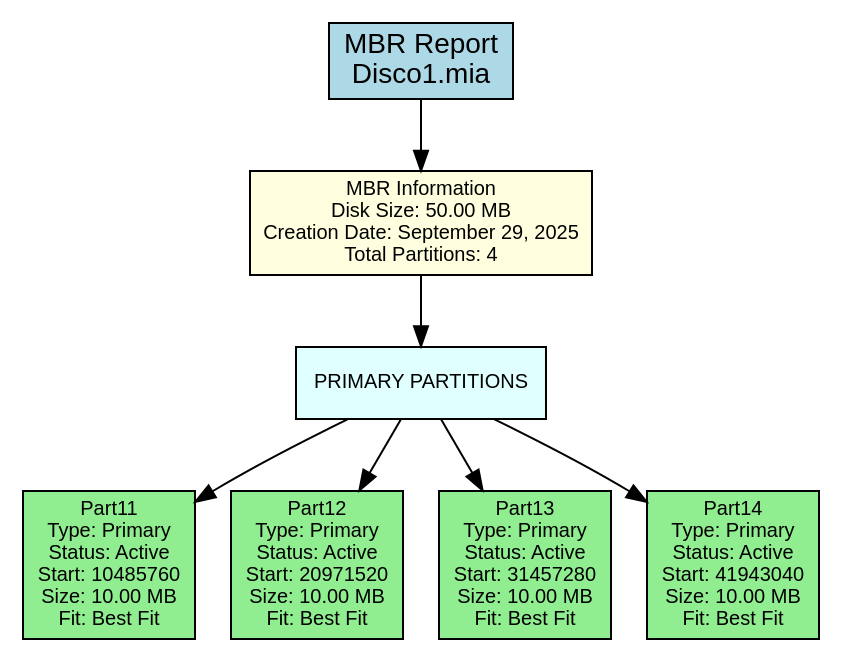
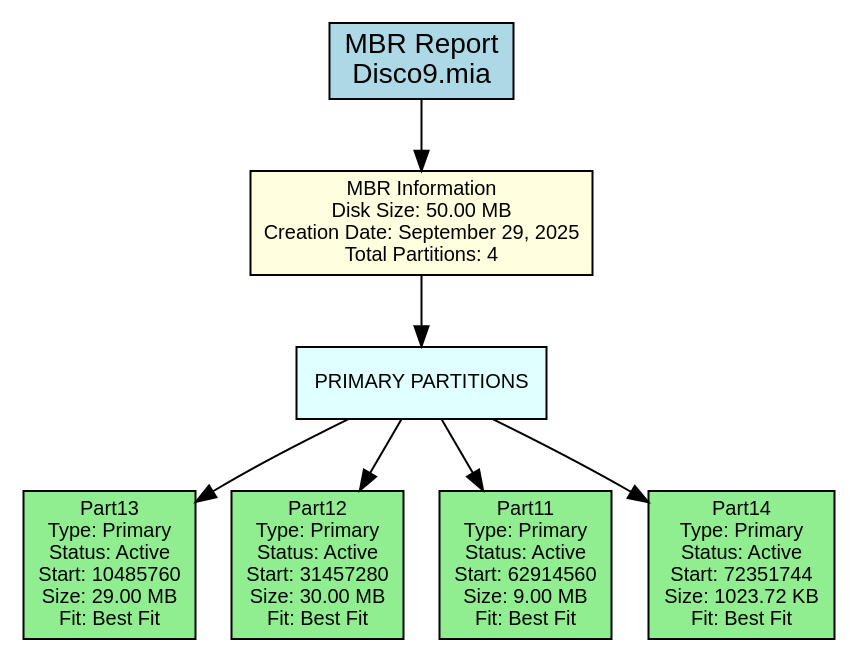
One commit to DiegVas/MIA_2S2025_P2_202300638 changed the diagram in backend/provider/reports/src/mbr_381A.dot. Above: the diagram before and after it, drawn with Graphviz. The commit also changed 55 other files, not shown here.

```diff
--- a/backend/provider/reports/src/mbr_381A.dot
+++ b/backend/provider/reports/src/mbr_381A.dot
@@ -1,24 +1,24 @@
 digraph MBR_Report {
     rankdir=TB;
     node [shape=box, style=filled];
     graph [fontname="Arial", fontsize=12];
     node [fontname="Arial", fontsize=10];
     edge [fontname="Arial"];
 
-    title [label="MBR Report\nDisco1.mia", fillcolor=lightblue, fontsize=14];
+    title [label="MBR Report\nDisco9.mia", fillcolor=lightblue, fontsize=14];
 
     mbr_info [label="MBR Information\nDisk Size: 50.00 MB\nCreation Date: September 29, 2025\nTotal Partitions: 4", fillcolor=lightyellow];
 
     primary_section [label="PRIMARY PARTITIONS", shape=box, style=filled, fillcolor=lightcyan];
-    primary_0 [label="Part11\nType: Primary\nStatus: Active\nStart: 10485760\nSize: 10.00 MB\nFit: Best Fit", fillcolor=lightgreen];
+    primary_0 [label="Part13\nType: Primary\nStatus: Active\nStart: 10485760\nSize: 29.00 MB\nFit: Best Fit", fillcolor=lightgreen];
     primary_section -> primary_0;
-    primary_1 [label="Part12\nType: Primary\nStatus: Active\nStart: 20971520\nSize: 10.00 MB\nFit: Best Fit", fillcolor=lightgreen];
+    primary_1 [label="Part12\nType: Primary\nStatus: Active\nStart: 31457280\nSize: 30.00 MB\nFit: Best Fit", fillcolor=lightgreen];
     primary_section -> primary_1;
-    primary_2 [label="Part13\nType: Primary\nStatus: Active\nStart: 31457280\nSize: 10.00 MB\nFit: Best Fit", fillcolor=lightgreen];
+    primary_2 [label="Part11\nType: Primary\nStatus: Active\nStart: 62914560\nSize: 9.00 MB\nFit: Best Fit", fillcolor=lightgreen];
     primary_section -> primary_2;
-    primary_3 [label="Part14\nType: Primary\nStatus: Active\nStart: 41943040\nSize: 10.00 MB\nFit: Best Fit", fillcolor=lightgreen];
+    primary_3 [label="Part14\nType: Primary\nStatus: Active\nStart: 72351744\nSize: 1023.72 KB\nFit: Best Fit", fillcolor=lightgreen];
     primary_section -> primary_3;
 
     title -> mbr_info;
     mbr_info -> primary_section;
 }
```
